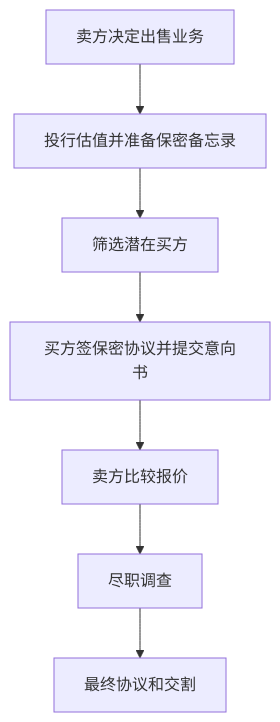
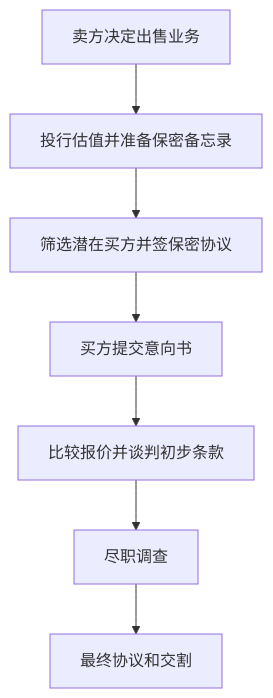
One commit to Falcom4000/econ-finance-investment changed the diagram in notes/ch26-investment-banks-brokers-pe-vc/26.03.md. Above: the diagram before and after it, drawn with Mermaid. The commit also changed other lines of this file and 5 other files, not shown here.

````diff
--- a/notes/ch26-investment-banks-brokers-pe-vc/26.03.md
+++ b/notes/ch26-investment-banks-brokers-pe-vc/26.03.md
@@ -34,9 +42,9 @@
 ```mermaid
 flowchart TD
     A[卖方决定出售业务] --> B[投行估值并准备保密备忘录]
-    B --> C[筛选潜在买方]
-    C --> D[买方签保密协议并提交意向书]
-    D --> E[卖方比较报价]
+    B --> C[筛选潜在买方并签保密协议]
+    C --> D[买方提交意向书]
+    D --> E[比较报价并谈判初步条款]
     E --> F[尽职调查]
     F --> G[最终协议和交割]
 ```
````
